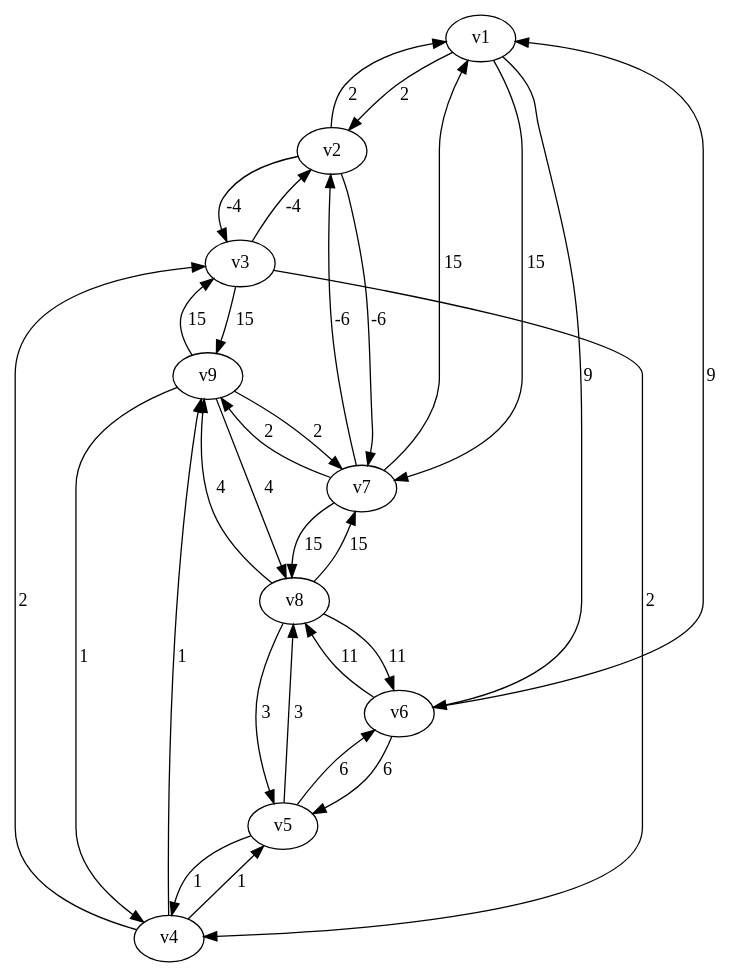
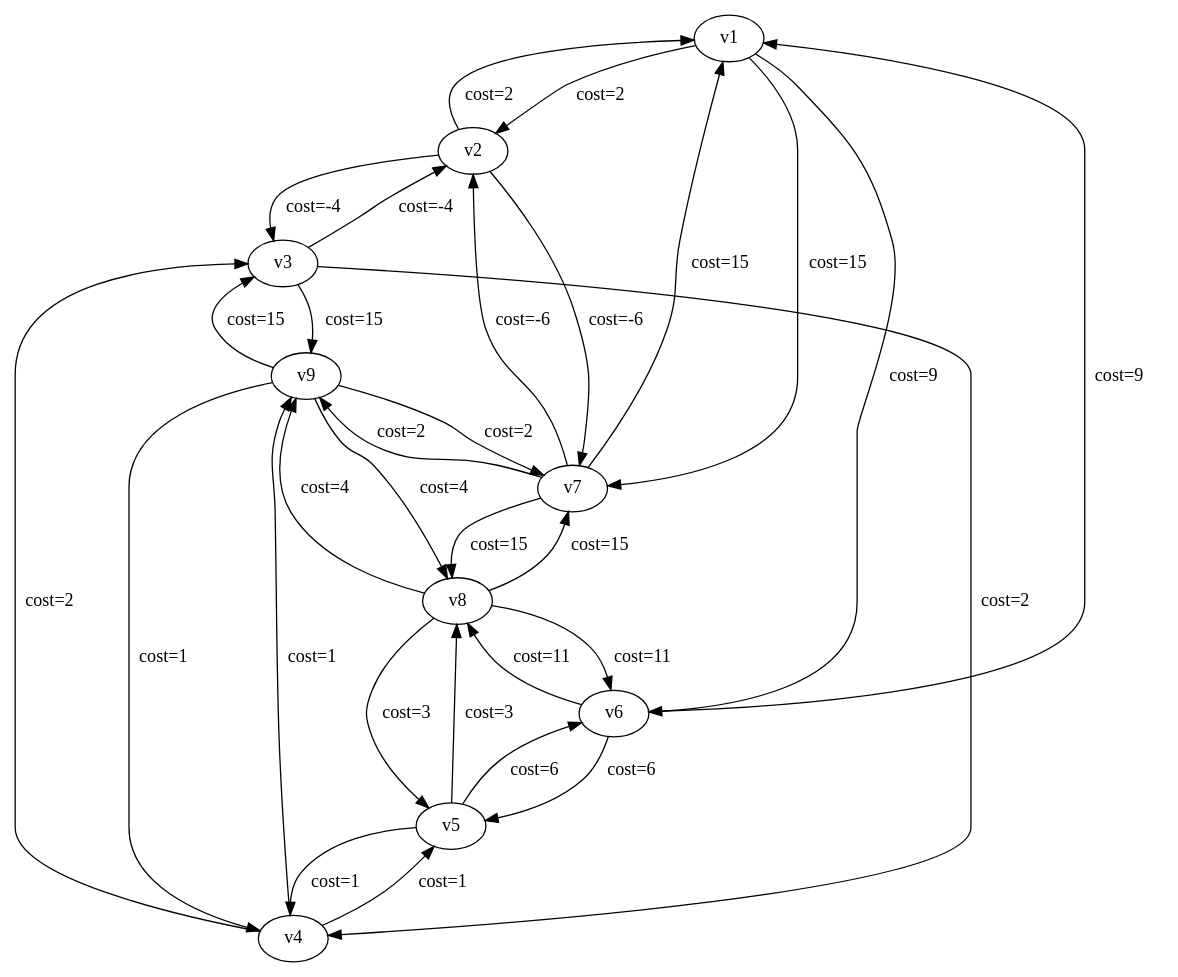
One commit to MaxPower9001/B-AI3GKAP changed the diagram in io/graph_04.dot. Above: the diagram before and after it, drawn with Graphviz. The commit also changed 20 other files, not shown here.

```diff
--- a/io/graph_04.dot
+++ b/io/graph_04.dot
@@ -1,42 +1,42 @@
 digraph graph_04
 {
 v1
 v2
 v6
 v7
 v3
 v4
 v9
 v5
 v8
-v1 -> v2 [label="2  "]
-v1 -> v6 [label="9  "]
-v1 -> v7 [label="15  "]
-v2 -> v1 [label="2  "]
-v2 -> v7 [label="-6  "]
-v2 -> v3 [label="-4  "]
-v6 -> v1 [label="9  "]
-v6 -> v5 [label="6  "]
-v6 -> v8 [label="11  "]
-v7 -> v1 [label="15  "]
-v7 -> v2 [label="-6  "]
-v7 -> v9 [label="2  "]
-v7 -> v8 [label="15  "]
-v3 -> v2 [label="-4  "]
-v3 -> v4 [label="2  "]
-v3 -> v9 [label="15  "]
-v4 -> v3 [label="2  "]
-v4 -> v9 [label="1  "]
-v4 -> v5 [label="1  "]
-v9 -> v7 [label="2  "]
-v9 -> v3 [label="15  "]
-v9 -> v4 [label="1  "]
-v9 -> v8 [label="4  "]
-v5 -> v6 [label="6  "]
-v5 -> v4 [label="1  "]
-v5 -> v8 [label="3  "]
-v8 -> v6 [label="11  "]
-v8 -> v7 [label="15  "]
-v8 -> v9 [label="4  "]
-v8 -> v5 [label="3  "]
+v1 -> v2 [label="cost=2  "]
+v1 -> v6 [label="cost=9  "]
+v1 -> v7 [label="cost=15  "]
+v2 -> v1 [label="cost=2  "]
+v2 -> v7 [label="cost=-6  "]
+v2 -> v3 [label="cost=-4  "]
+v6 -> v1 [label="cost=9  "]
+v6 -> v5 [label="cost=6  "]
+v6 -> v8 [label="cost=11  "]
+v7 -> v1 [label="cost=15  "]
+v7 -> v2 [label="cost=-6  "]
+v7 -> v9 [label="cost=2  "]
+v7 -> v8 [label="cost=15  "]
+v3 -> v2 [label="cost=-4  "]
+v3 -> v4 [label="cost=2  "]
+v3 -> v9 [label="cost=15  "]
+v4 -> v3 [label="cost=2  "]
+v4 -> v9 [label="cost=1  "]
+v4 -> v5 [label="cost=1  "]
+v9 -> v7 [label="cost=2  "]
+v9 -> v3 [label="cost=15  "]
+v9 -> v4 [label="cost=1  "]
+v9 -> v8 [label="cost=4  "]
+v5 -> v6 [label="cost=6  "]
+v5 -> v4 [label="cost=1  "]
+v5 -> v8 [label="cost=3  "]
+v8 -> v6 [label="cost=11  "]
+v8 -> v7 [label="cost=15  "]
+v8 -> v9 [label="cost=4  "]
+v8 -> v5 [label="cost=3  "]
 }
```
